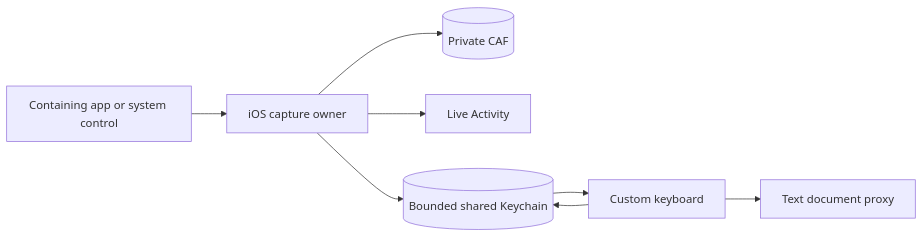
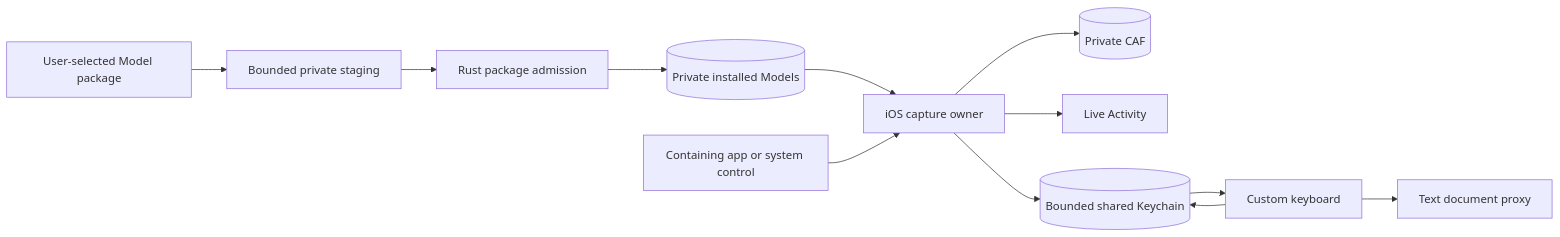
Before and after one commit to MarcusJRLee/hardware_controller: the second of 2 diagrams in docs/architecture.md, drawn with Mermaid. The commit also changed other lines of this file and 35 other files, not shown here.

````diff
--- a/docs/architecture.md
+++ b/docs/architecture.md
@@ -143,10 +147,14 @@
 ```mermaid
 flowchart LR
+  FILES[User-selected Model package] --> STAGING[Bounded private staging]
+  STAGING --> RUST[Rust package admission]
+  RUST --> MODELS[(Private installed Models)]
+  MODELS --> OWNER
   SYSTEM[Containing app or system control] --> OWNER[iOS capture owner]
   OWNER --> AUDIO[(Private CAF)]
   OWNER --> ACTIVITY[Live Activity]
   OWNER --> HANDOFF[(Bounded shared Keychain)]
   KEYBOARD[Custom keyboard] --> HANDOFF
   HANDOFF --> KEYBOARD
   KEYBOARD --> TARGET[Text document proxy]
 ```
````
